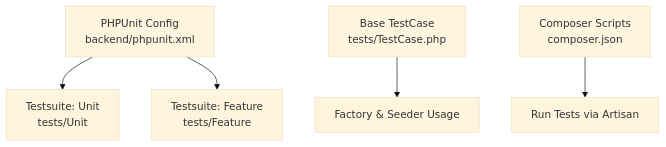
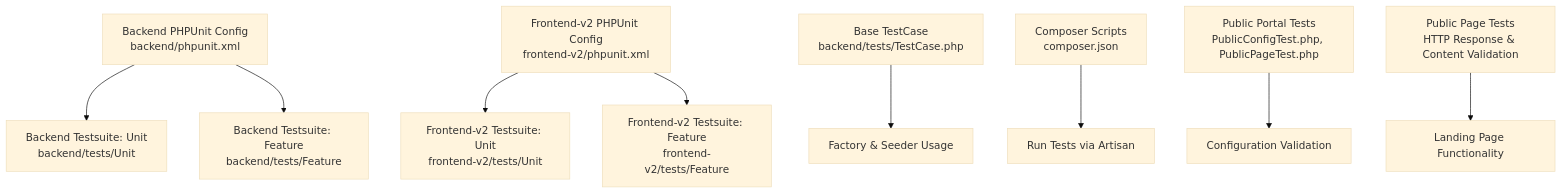
The first of 6 diagrams in .qoder/repowiki/en/content/Testing Strategy.md (Fathurrahman-R/Manajemen-Keuangan-dan-SPP-Handayani), drawn with Mermaid (base theme) before and after one commit. The commit also changed other lines of this file and 77 other files, not shown here.

Commit message:
- Menambah beberapa permission untuk aksi yang masih share permission, melakukan beberapa perubahan/perbaikan terkait hasil blackbox test. - Update repowiki - Hapus direktori frontend lama

````diff
--- a/.qoder/repowiki/en/content/Testing Strategy.md
+++ b/.qoder/repowiki/en/content/Testing Strategy.md
@@ -43,7 +55,11 @@
 ```mermaid
 graph TB
-A["PHPUnit Config<br/>backend/phpunit.xml"] --> B["Testsuite: Unit<br/>tests/Unit"]
-A --> C["Testsuite: Feature<br/>tests/Feature"]
-D["Base TestCase<br/>tests/TestCase.php"] --> E["Factory & Seeder Usage"]
-F["Composer Scripts<br/>composer.json"] --> G["Run Tests via Artisan"]
+A["Backend PHPUnit Config<br/>backend/phpunit.xml"] --> B["Backend Testsuite: Unit<br/>backend/tests/Unit"]
+A --> C["Backend Testsuite: Feature<br/>backend/tests/Feature"]
+D["Frontend-v2 PHPUnit Config<br/>frontend-v2/phpunit.xml"] --> E["Frontend-v2 Testsuite: Unit<br/>frontend-v2/tests/Unit"]
+D --> F["Frontend-v2 Testsuite: Feature<br/>frontend-v2/tests/Feature"]
+G["Base TestCase<br/>backend/tests/TestCase.php"] --> H["Factory & Seeder Usage"]
+I["Composer Scripts<br/>composer.json"] --> J["Run Tests via Artisan"]
+K["Public Portal Tests<br/>PublicConfigTest.php, PublicPageTest.php"] --> L["Configuration Validation"]
+M["Public Page Tests<br/>HTTP Response & Content Validation"] --> N["Landing Page Functionality"]
 ```
````
